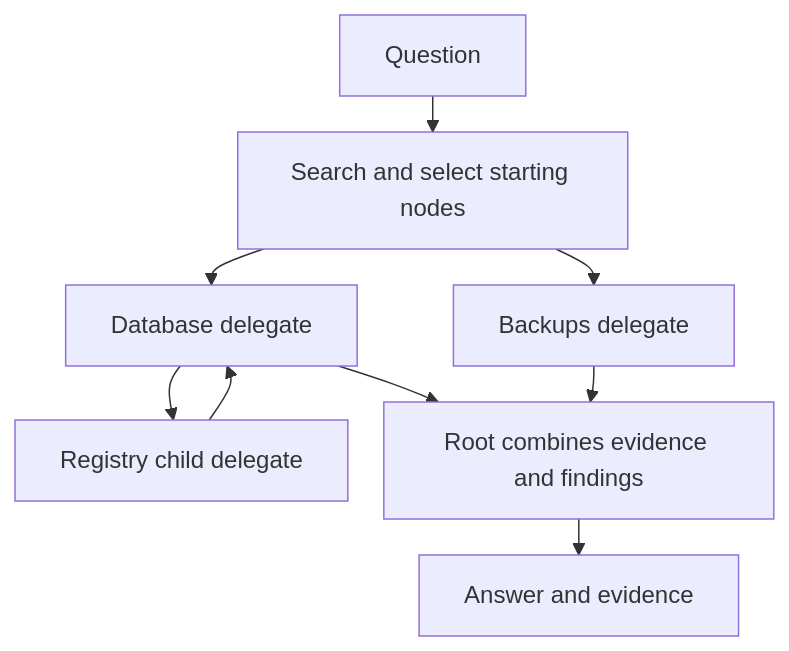
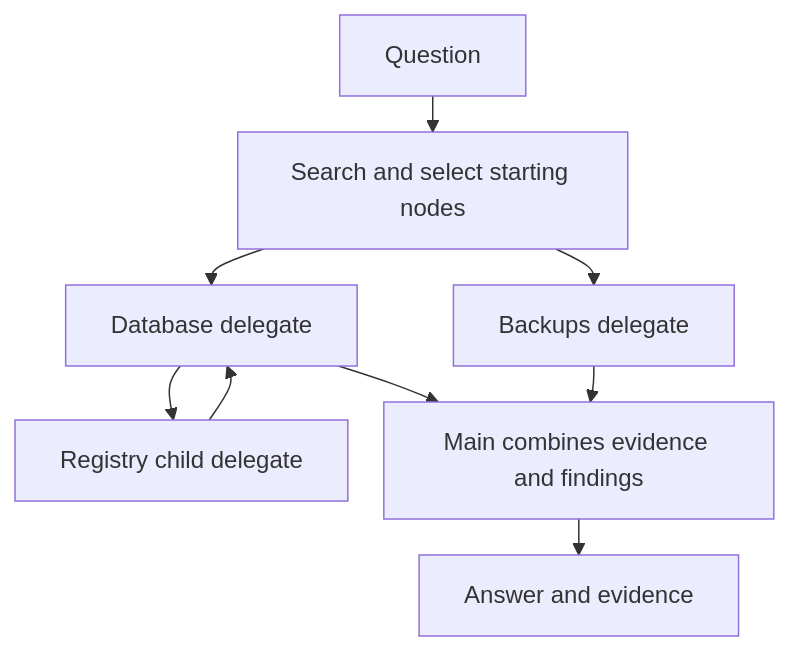
The diagram in docs/guide/architecture.md (simjay/llgm), drawn with Mermaid before and after one commit. The commit also changed other lines of this file and 68 other files, not shown here.

````diff
--- a/docs/guide/architecture.md
+++ b/docs/guide/architecture.md
@@ -59,12 +82,12 @@
 ```{mermaid}
 %%{init: {'flowchart': {'rankSpacing': 24, 'nodeSpacing': 24}}}%%
 flowchart TD
     Question[Question] --> Seeds[Search and select starting nodes]
     Seeds --> Database[Database delegate]
     Seeds --> Backups[Backups delegate]
     Database --> Child[Registry child delegate]
     Child --> Database
-    Database --> Root[Root combines evidence and findings]
-    Backups --> Root
-    Root --> Result[Answer and evidence]
+    Database --> Main[Main combines evidence and findings]
+    Backups --> Main
+    Main --> Result[Answer and evidence]
 ```
````
